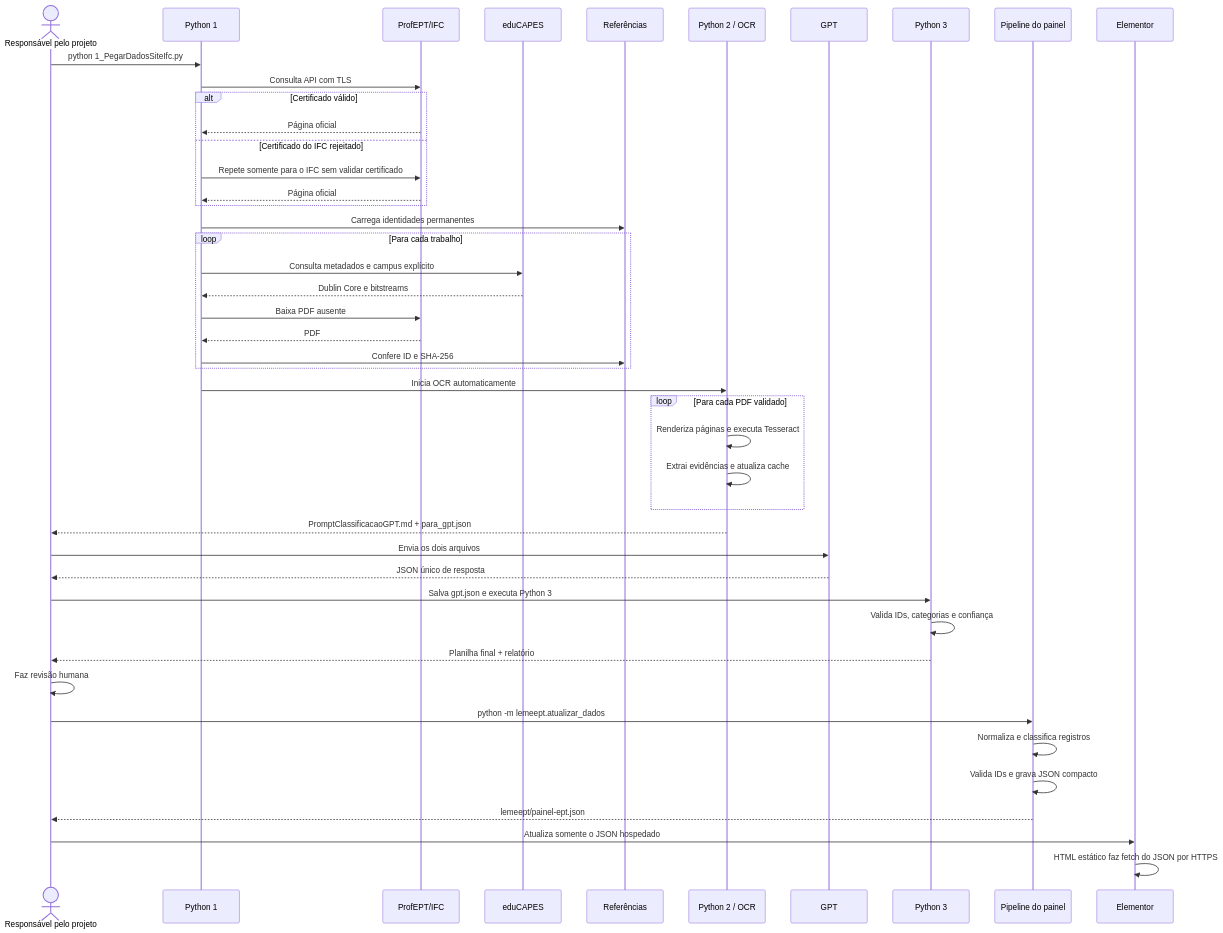
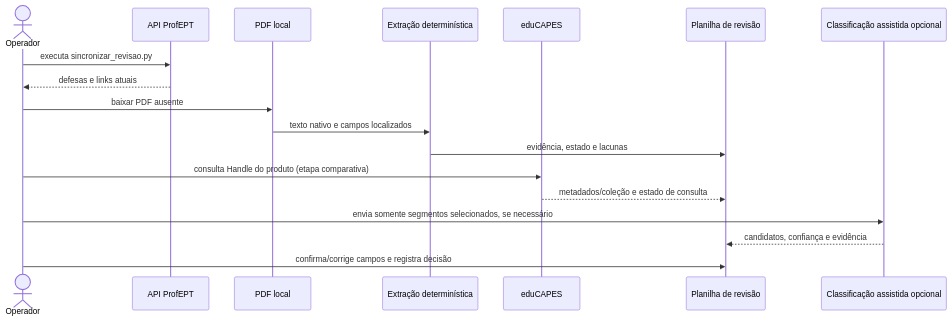
The fifth of 5 diagrams in DIAGRAMAS.md (regi-lpf/lemeept), drawn with Mermaid before and after one commit. The commit also changed other lines of this file and 15 other files, not shown here.

````diff
--- a/DIAGRAMAS.md
+++ b/DIAGRAMAS.md
@@ -352,48 +97,21 @@
 ```mermaid
 sequenceDiagram
-    actor Pessoa as Responsável pelo projeto
-    participant E1 as Python 1
-    participant IFC as ProfEPT/IFC
+    actor Operador
+    participant API as API ProfEPT
+    participant PDF as PDF local
+    participant EX as Extração determinística
     participant EDU as eduCAPES
-    participant REF as Referências
-    participant E2 as Python 2 / OCR
-    participant GPT as GPT
-    participant E3 as Python 3
-    participant PIPE as Pipeline do painel
-    participant WP as Elementor
+    participant XLS as Planilha de revisão
+    participant GPT as Classificação assistida opcional
 
-    Pessoa->>E1: python 1_PegarDadosSiteIfc.py
-    E1->>IFC: Consulta API com TLS
-    alt Certificado válido
-        IFC-->>E1: Página oficial
-    else Certificado do IFC rejeitado
-        E1->>IFC: Repete somente para o IFC sem validar certificado
-        IFC-->>E1: Página oficial
-    end
-    E1->>REF: Carrega identidades permanentes
-    loop Para cada trabalho
-        E1->>EDU: Consulta metadados e campus explícito
-        EDU-->>E1: Dublin Core e bitstreams
-        E1->>IFC: Baixa PDF ausente
-        IFC-->>E1: PDF
-        E1->>REF: Confere ID e SHA-256
-    end
-    E1->>E2: Inicia OCR automaticamente
-    loop Para cada PDF validado
-        E2->>E2: Renderiza páginas e executa Tesseract
-        E2->>E2: Extrai evidências e atualiza cache
-    end
-    E2-->>Pessoa: PromptClassificacaoGPT.md + para_gpt.json
-    Pessoa->>GPT: Envia os dois arquivos
-    GPT-->>Pessoa: JSON único de resposta
-    Pessoa->>E3: Salva gpt.json e executa Python 3
-    E3->>E3: Valida IDs, categorias e confiança
-    E3-->>Pessoa: Planilha final + relatório
-    Pessoa->>Pessoa: Faz revisão humana
-    Pessoa->>PIPE: python -m lemeept.atualizar_dados
-    PIPE->>PIPE: Normaliza e classifica registros
-    PIPE->>PIPE: Valida IDs e grava JSON compacto
-    PIPE-->>Pessoa: lemeept/painel-ept.json
-    Pessoa->>WP: Atualiza somente o JSON hospedado
-    WP->>WP: HTML estático faz fetch do JSON por HTTPS
+    Operador->>API: executa sincronizar_revisao.py
+    API-->>Operador: defesas e links atuais
+    Operador->>PDF: baixar PDF ausente
+    PDF->>EX: texto nativo e campos localizados
+    EX->>XLS: evidência, estado e lacunas
+    Operador->>EDU: consulta Handle do produto (etapa comparativa)
+    EDU-->>XLS: metadados/coleção e estado de consulta
+    Operador->>GPT: envia somente segmentos selecionados, se necessário
+    GPT-->>XLS: candidatos, confiança e evidência
+    Operador->>XLS: confirma/corrige campos e registra decisão
 ```
````
